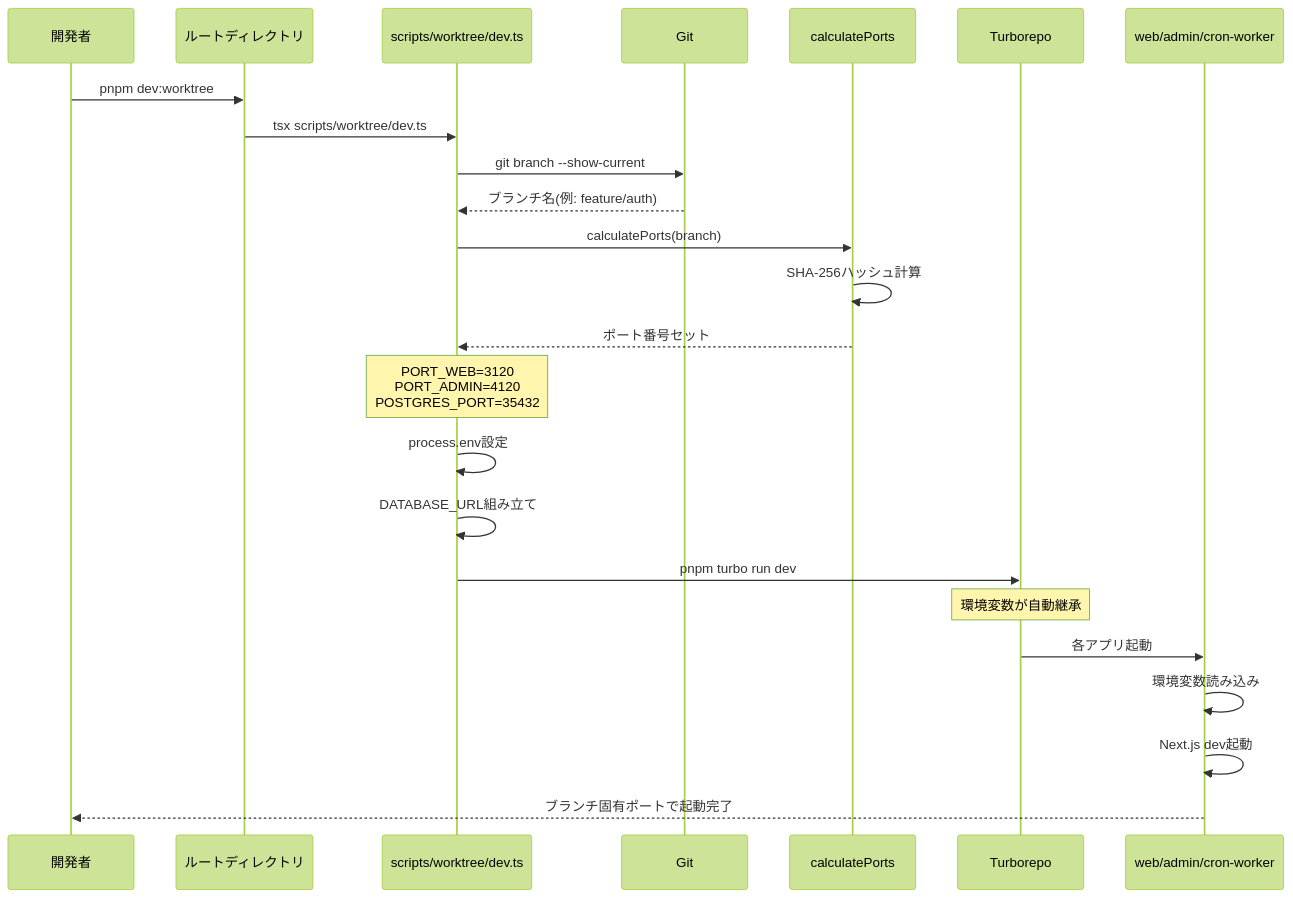
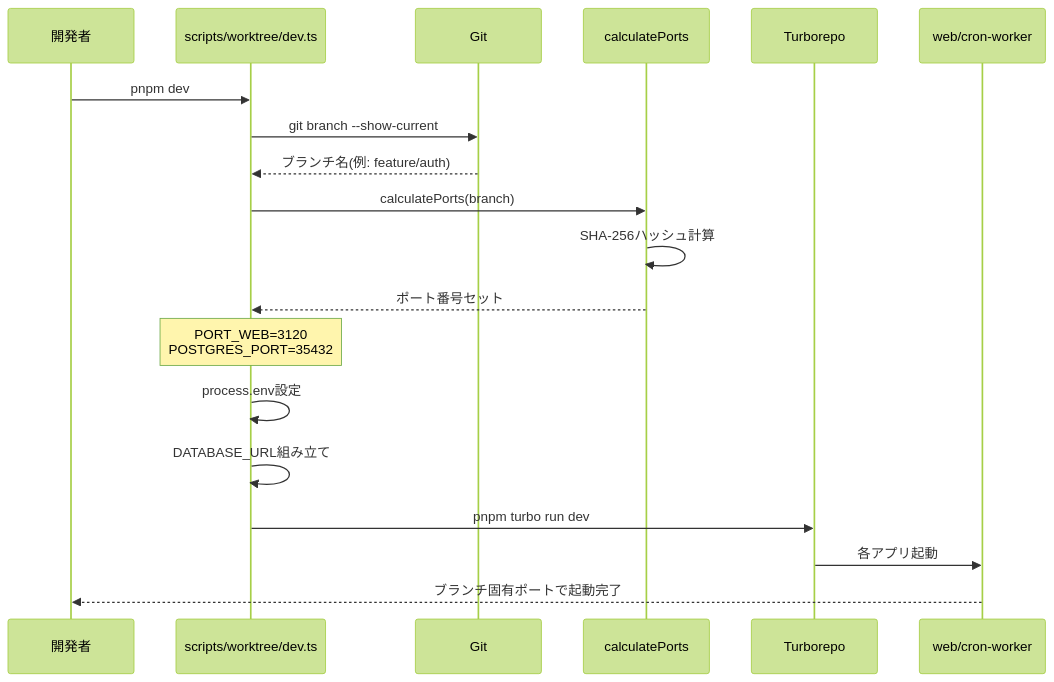
One commit to einja-inc/einja-management-template changed the third of 3 diagrams in docs/steering/infrastructure/deployment.md. Above: the diagram before and after it, drawn with Mermaid (forest theme). The commit also changed other lines of this file and 45 other files, not shown here.

````diff
--- a/docs/steering/infrastructure/deployment.md
+++ b/docs/steering/infrastructure/deployment.md
@@ -398,27 +208,22 @@
 ```mermaid
 sequenceDiagram
     participant Dev as 開発者
-    participant Root as ルートディレクトリ
     participant Script as scripts/worktree/dev.ts
     participant Git as Git
     participant Calc as calculatePorts
     participant Turbo as Turborepo
-    participant App as web/admin/cron-worker
+    participant App as web/cron-worker
 
-    Dev->>Root: pnpm dev:worktree
-    Root->>Script: tsx scripts/worktree/dev.ts
+    Dev->>Script: pnpm dev
     Script->>Git: git branch --show-current
     Git-->>Script: ブランチ名(例: feature/auth)
     Script->>Calc: calculatePorts(branch)
     Calc->>Calc: SHA-256ハッシュ計算
     Calc-->>Script: ポート番号セット
-    Note over Script: PORT_WEB=3120<br/>PORT_ADMIN=4120<br/>POSTGRES_PORT=35432
+    Note over Script: PORT_WEB=3120<br/>POSTGRES_PORT=35432
     Script->>Script: process.env設定
     Script->>Script: DATABASE_URL組み立て
     Script->>Turbo: pnpm turbo run dev
-    Note over Turbo: 環境変数が自動継承
     Turbo->>App: 各アプリ起動
-    App->>App: 環境変数読み込み
-    App->>App: Next.js dev起動
     App-->>Dev: ブランチ固有ポートで起動完了
 ```
````
